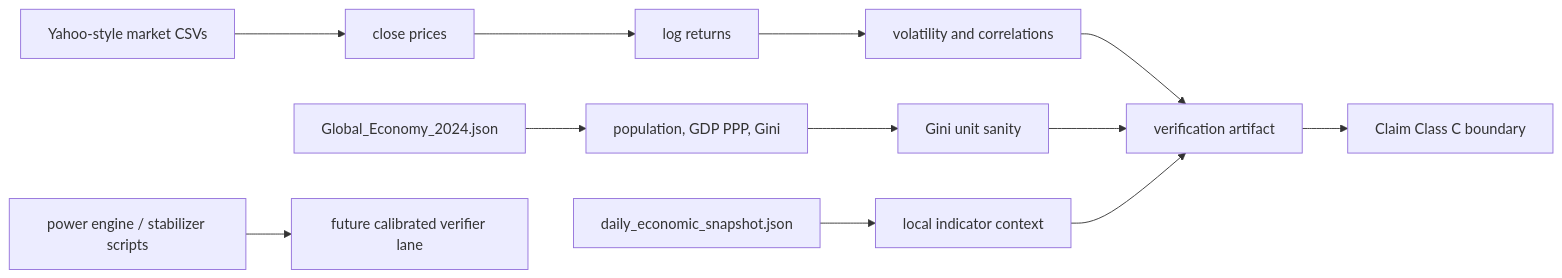
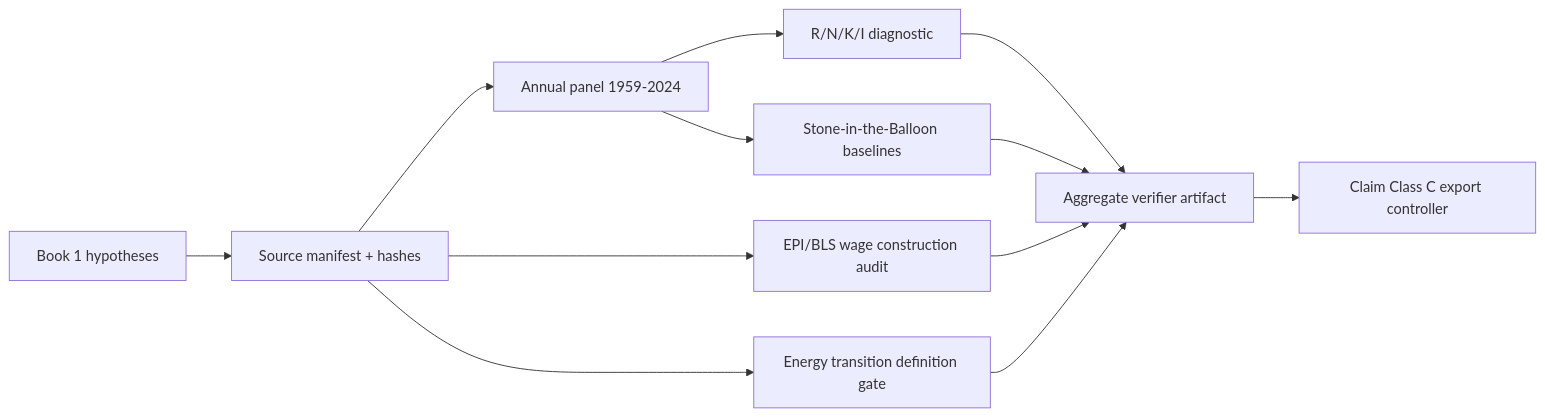
Before and after one commit to ellipszist/unityequilibriumtheory: the diagram in docs/topics/0.25_Strategy_Power_Economics/README.md, drawn with Mermaid. The commit also changed other lines of this file and 34 other files, not shown here.

````diff
--- a/docs/topics/0.25_Strategy_Power_Economics/README.md
+++ b/docs/topics/0.25_Strategy_Power_Economics/README.md
@@ -30,14 +49,14 @@
 ```mermaid
 flowchart LR
-    A["Yahoo-style market CSVs"] --> B["close prices"]
-    B --> C["log returns"]
-    C --> D["volatility and correlations"]
-    E["Global_Economy_2024.json"] --> F["population, GDP PPP, Gini"]
-    F --> G["Gini unit sanity"]
-    H["daily_economic_snapshot.json"] --> I["local indicator context"]
-    D --> J["verification artifact"]
-    G --> J
-    I --> J
-    J --> K["Claim Class C boundary"]
-    L["power engine / stabilizer scripts"] --> M["future calibrated verifier lane"]
+    A["Book 1 hypotheses"] --> B["Source manifest + hashes"]
+    B --> C["Annual panel 1959-2024"]
+    C --> D["R/N/K/I diagnostic"]
+    C --> E["Stone-in-the-Balloon baselines"]
+    B --> F["EPI/BLS wage construction audit"]
+    B --> G["Energy transition definition gate"]
+    D --> H["Aggregate verifier artifact"]
+    E --> H
+    F --> H
+    G --> H
+    H --> I["Claim Class C export controller"]
 ```
````
